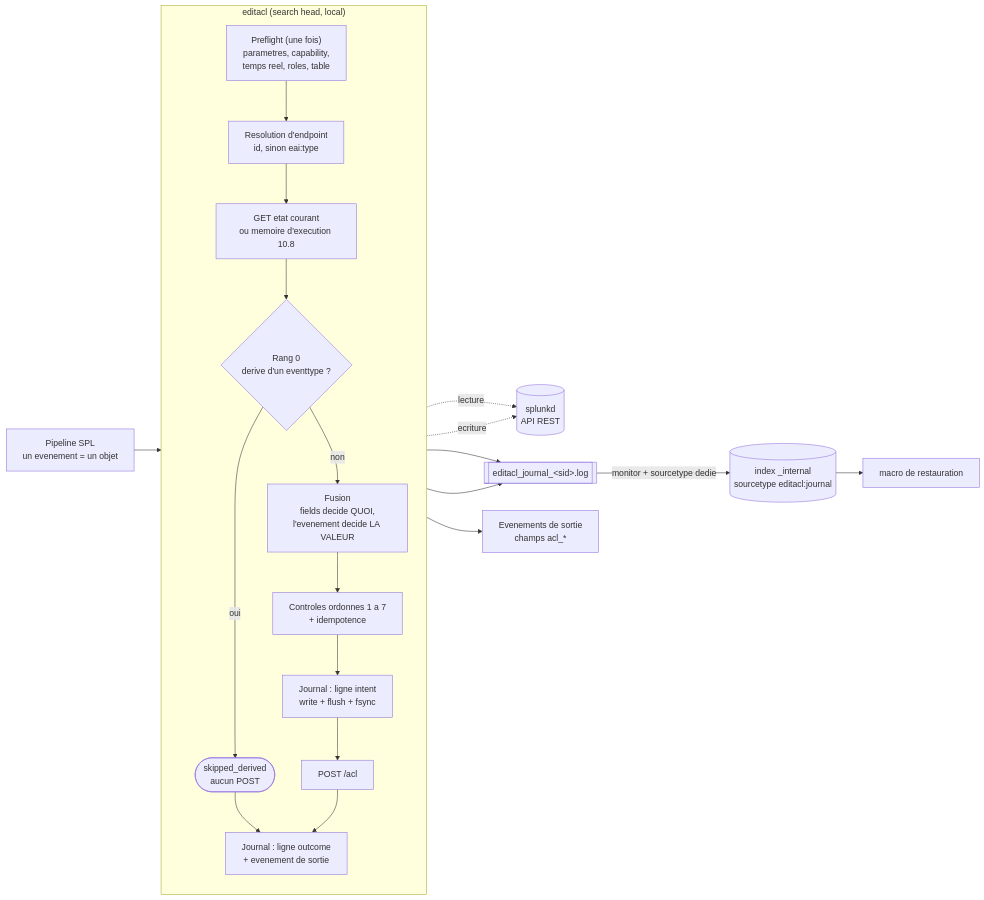
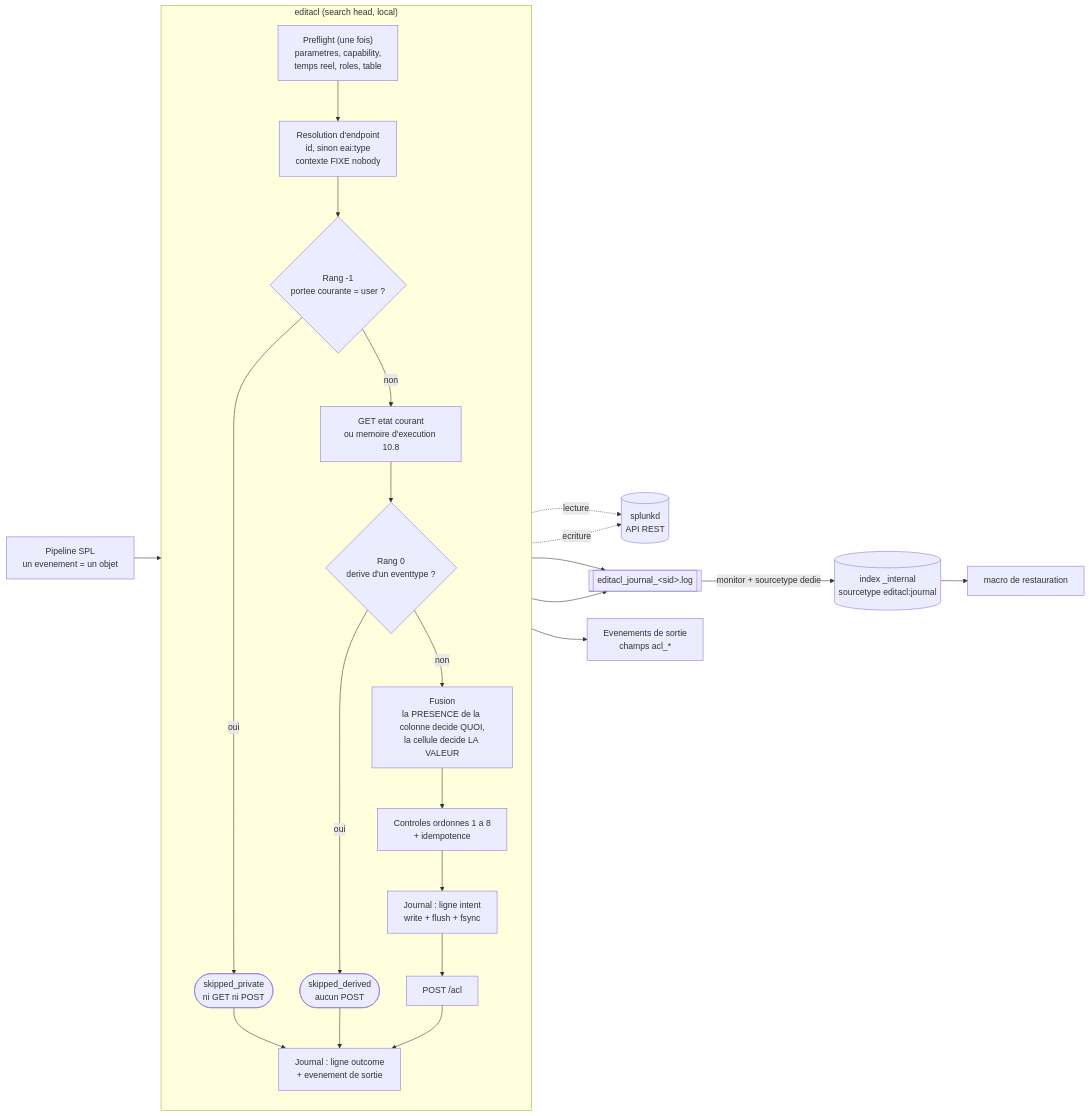
The first of 4 diagrams in README.md (rafiki31130/SA-acl-tools), drawn with Mermaid before and after one commit. The commit also changed other lines of this file and 3 other files, not shown here.

````diff
--- a/README.md
+++ b/README.md
@@ -44,29 +44,33 @@
 ```mermaid
 flowchart LR
   SPL["Pipeline SPL<br/>un evenement = un objet"] --> CMD
 
   subgraph CMD["editacl (search head, local)"]
     direction TB
     PRE["Preflight (une fois)<br/>parametres, capability,<br/>temps reel, roles, table"]
-    RES["Resolution d'endpoint<br/>id, sinon eai:type"]
+    RES["Resolution d'endpoint<br/>id, sinon eai:type<br/>contexte FIXE nobody"]
+    RM1{"Rang -1<br/>portee courante = user ?"}
+    SKP(["skipped_private<br/>ni GET ni POST"])
     GET["GET etat courant<br/>ou memoire d'execution 10.8"]
     R0{"Rang 0<br/>derive d'un eventtype ?"}
     SKD(["skipped_derived<br/>aucun POST"])
-    MER["Fusion<br/>fields decide QUOI,<br/>l'evenement decide LA VALEUR"]
-    CTL["Controles ordonnes 1 a 7<br/>+ idempotence"]
+    MER["Fusion<br/>la PRESENCE de la colonne decide QUOI,<br/>la cellule decide LA VALEUR"]
+    CTL["Controles ordonnes 1 a 8<br/>+ idempotence"]
     WAL["Journal : ligne intent<br/>write + flush + fsync"]
     POST["POST /acl"]
     OUT["Journal : ligne outcome<br/>+ evenement de sortie"]
-    PRE --> RES --> GET --> R0
+    PRE --> RES --> RM1
+    RM1 -->|"oui"| SKP --> OUT
+    RM1 -->|"non"| GET --> R0
     R0 -->|"oui"| SKD --> OUT
     R0 -->|"non"| MER --> CTL --> WAL --> POST --> OUT
   end
 
   GET -. "lecture" .-> SPLUNKD[("splunkd<br/>API REST")]
   POST -. "ecriture" .-> SPLUNKD
   WAL --> FILE[["editacl_journal_&lt;sid&gt;.log"]]
   OUT --> FILE
   FILE -- "monitor + sourcetype dedie" --> IDX[("index _internal<br/>sourcetype editacl:journal")]
   IDX --> RB["macro de restauration"]
   CMD --> RESULT["Evenements de sortie<br/>champs acl_*"]
 ```
````
